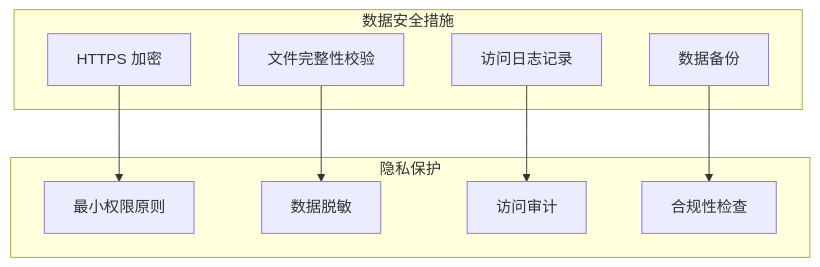
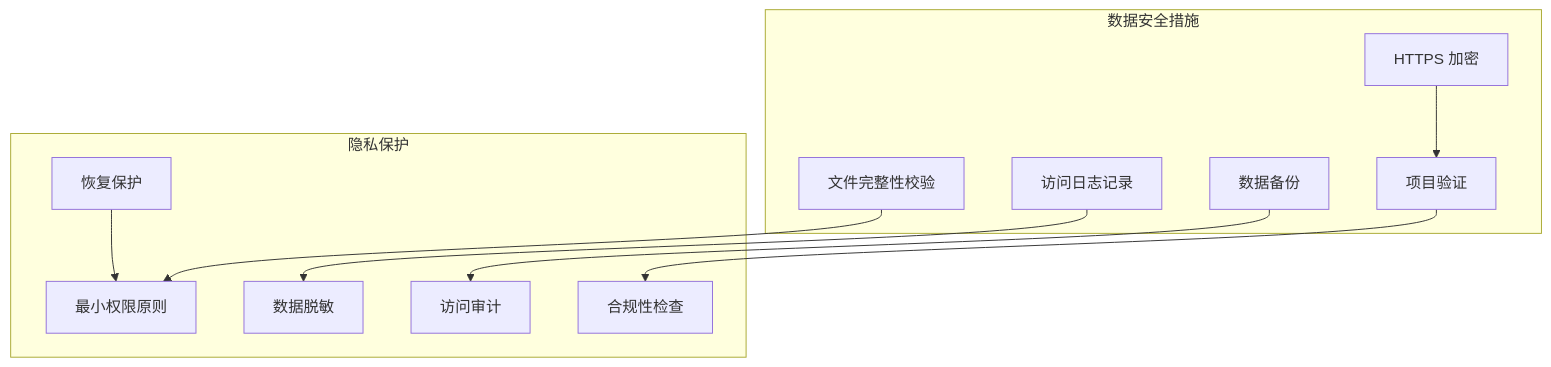
Diagram 15 of 15 in .qoder/repowiki/zh/content/核心功能模块/画布图像加载机制.md (billye220670/BananaFlow2), drawn with Mermaid before and after one commit. The commit also changed other lines of this file and 17 other files, not shown here.

First line of the commit message:
refactor: shimmer单元素架构重构，统一图片URL为Supabase单一来源

````diff
--- a/.qoder/repowiki/zh/content/核心功能模块/画布图像加载机制.md
+++ b/.qoder/repowiki/zh/content/核心功能模块/画布图像加载机制.md
@@ -498,19 +542,23 @@
 ```mermaid
 graph TB
 subgraph "数据安全措施"
 A[HTTPS 加密]
 B[文件完整性校验]
 C[访问日志记录]
 D[数据备份]
+E[项目验证]
 end
 subgraph "隐私保护"
-E[最小权限原则]
-F[数据脱敏]
-G[访问审计]
-H[合规性检查]
+F[最小权限原则]
+G[数据脱敏]
+H[访问审计]
+I[合规性检查]
+J[恢复保护]
 end
 A --> E
 B --> F
 C --> G
 D --> H
+E --> I
+J --> F
 ```
````
